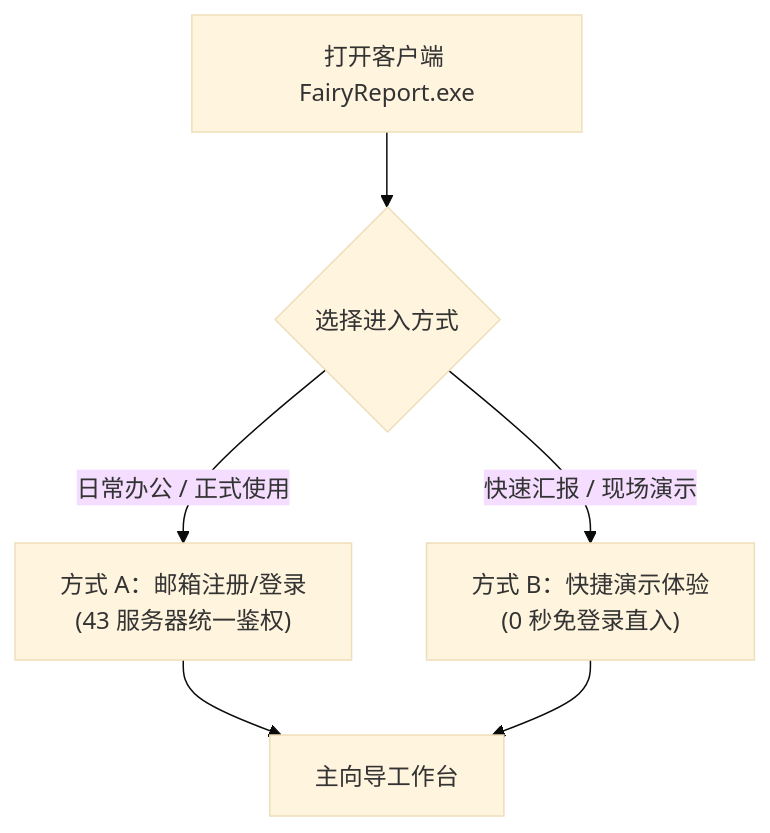
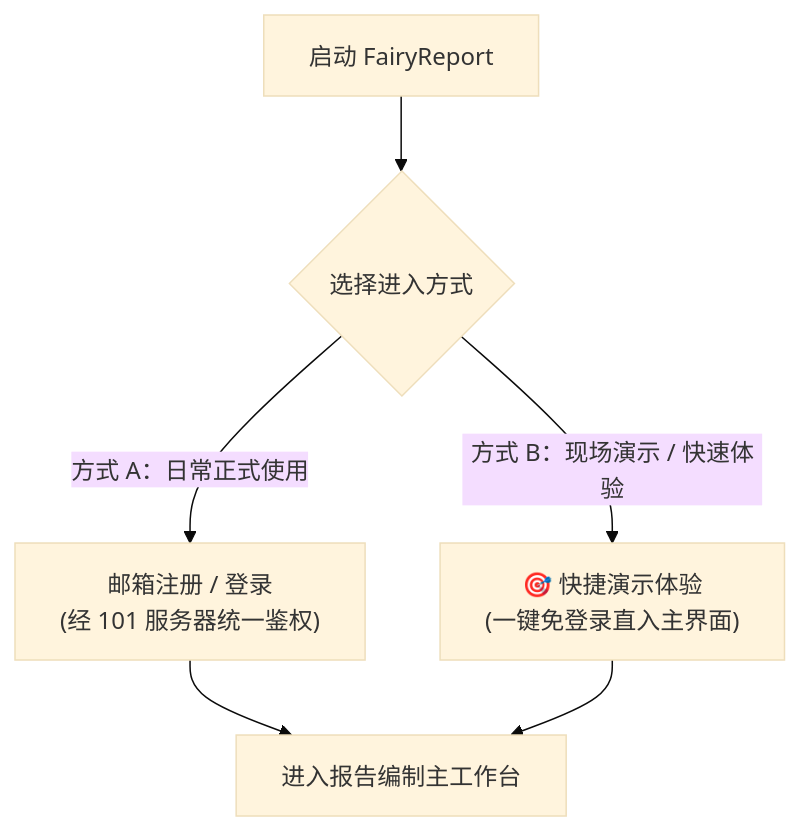
One commit to atalanta0505/FairyReport changed the second of 3 diagrams in docs/USER_GUIDE.md. Above: the diagram before and after it, drawn with Mermaid (base theme). The commit also changed other lines of this file, not shown here.

````diff
--- a/docs/USER_GUIDE.md
+++ b/docs/USER_GUIDE.md
@@ -93,8 +96,8 @@
 ```mermaid
 graph TD
-    Start["打开客户端 FairyReport.exe"] --> Choice{"选择进入方式"}
-    Choice -->|"日常办公 / 正式使用"| WayA["方式 A：邮箱注册/登录\n(43 服务器统一鉴权)"]
-    Choice -->|"快速汇报 / 现场演示"| WayB["方式 B：快捷演示体验\n(0 秒免登录直入)"]
-    WayA --> Main["主向导工作台"]
+    Start["启动 FairyReport"] --> Choice{"选择进入方式"}
+    Choice -->|"方式 A：日常正式使用"| WayA["邮箱注册 / 登录\n(经 101 服务器统一鉴权)"]
+    Choice -->|"方式 B：现场演示 / 快速体验"| WayB["🎯 快捷演示体验\n(一键免登录直入主界面)"]
+    WayA --> Main["进入报告编制主工作台"]
     WayB --> Main
 ```
````
